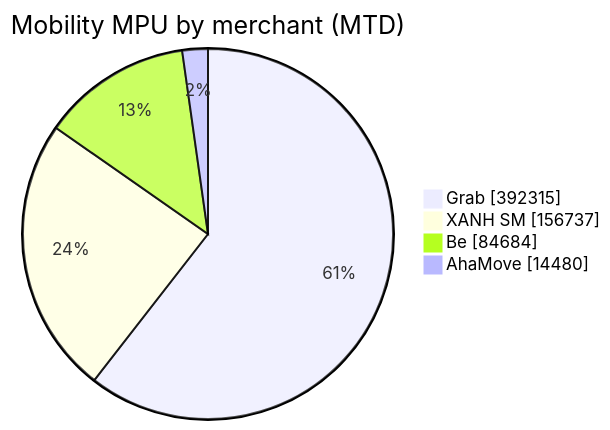
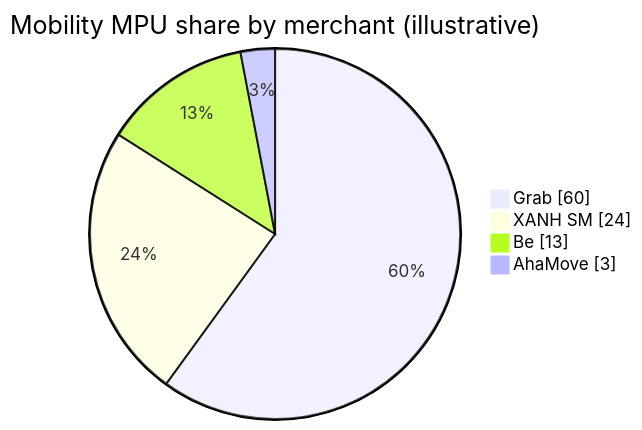
Before and after one commit to thai-max-nguyen/claw-a-thon-demo-agent-mvp: the fourth of 5 diagrams in README.md, drawn with Mermaid. The commit also changed other lines of this file and 14 other files, not shown here.

````diff
--- a/README.md
+++ b/README.md
@@ -122,7 +123,7 @@
 ```mermaid
-pie showData title Mobility MPU by merchant (MTD)
-  "Grab" : 392315
-  "XANH SM" : 156737
-  "Be" : 84684
-  "AhaMove" : 14480
+pie showData title Mobility MPU share by merchant (illustrative)
+  "Grab" : 60
+  "XANH SM" : 24
+  "Be" : 13
+  "AhaMove" : 3
 ```
````
